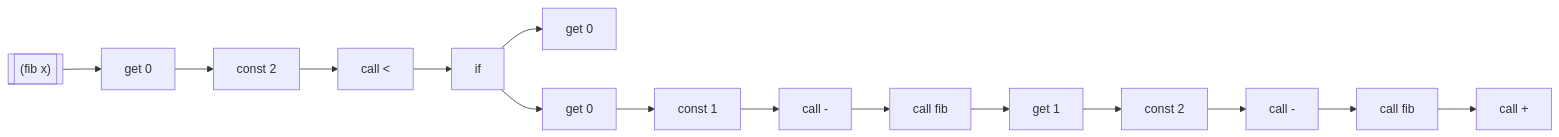
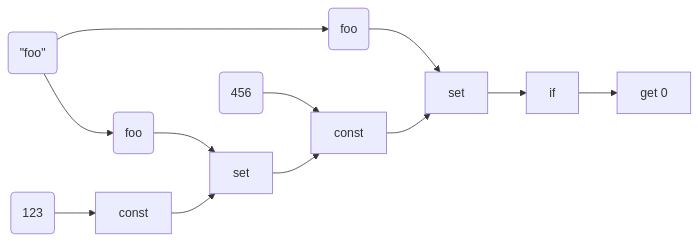
One commit to raviqqe/doc changed the diagram in slides/papers/stak-scheme/library-system.mmd. Above: the diagram before and after it, drawn with Mermaid. The commit also changed 1 other file, not shown here.

```diff
--- a/slides/papers/stak-scheme/library-system.mmd
+++ b/slides/papers/stak-scheme/library-system.mmd
@@ -1,6 +1,10 @@
 flowchart LR
-  f0[["(fib x)"]] --> c0
-  c0[get 0] --> c1[const 2] --> c2[call <] --> c4
+  d0(123) --> c0
+  d1(456) --> c2
+  d2(#quot;foo#quot;) --> d3
+  d2 --> d4
+  d3(foo) --> c1
+  d4(foo) --> c3
+  c0[const] --> c1[set] --> c2
+  c2[const] --> c3[set] --> c4
   c4[if] -->  c5[get 0]
-  c4 -->  c6[get 0] --> c7[const 1] --> c8[call -] --> c9[call fib] --> c10
-  c10[get 1] --> c11[const 2] --> c12[call -] --> c13[call fib] --> c14[call +]
```
